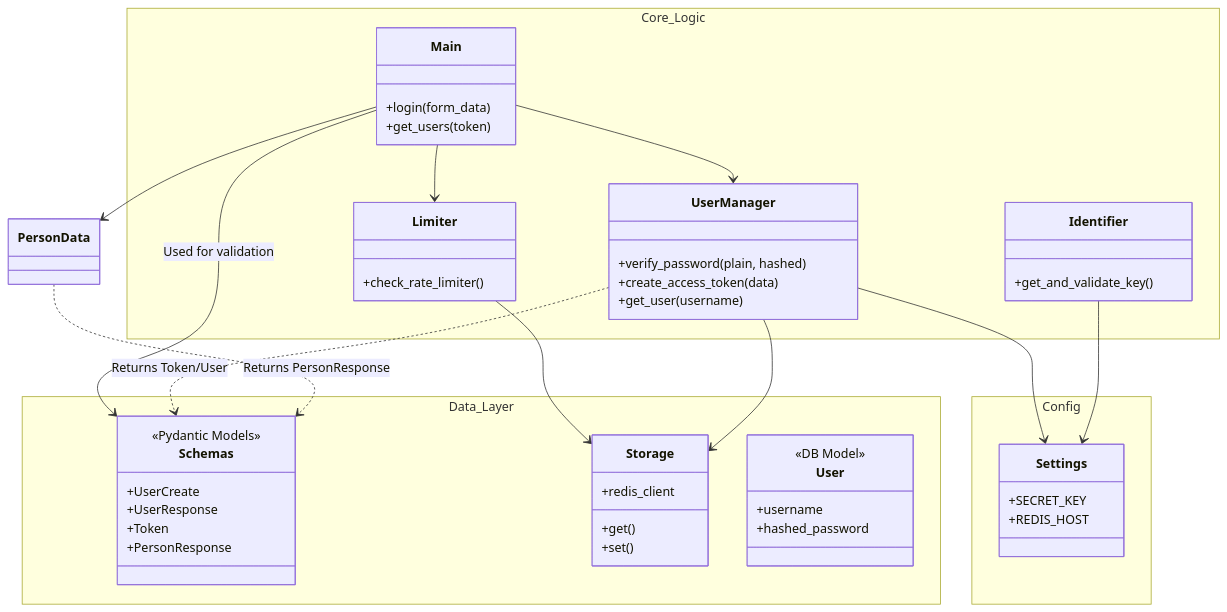
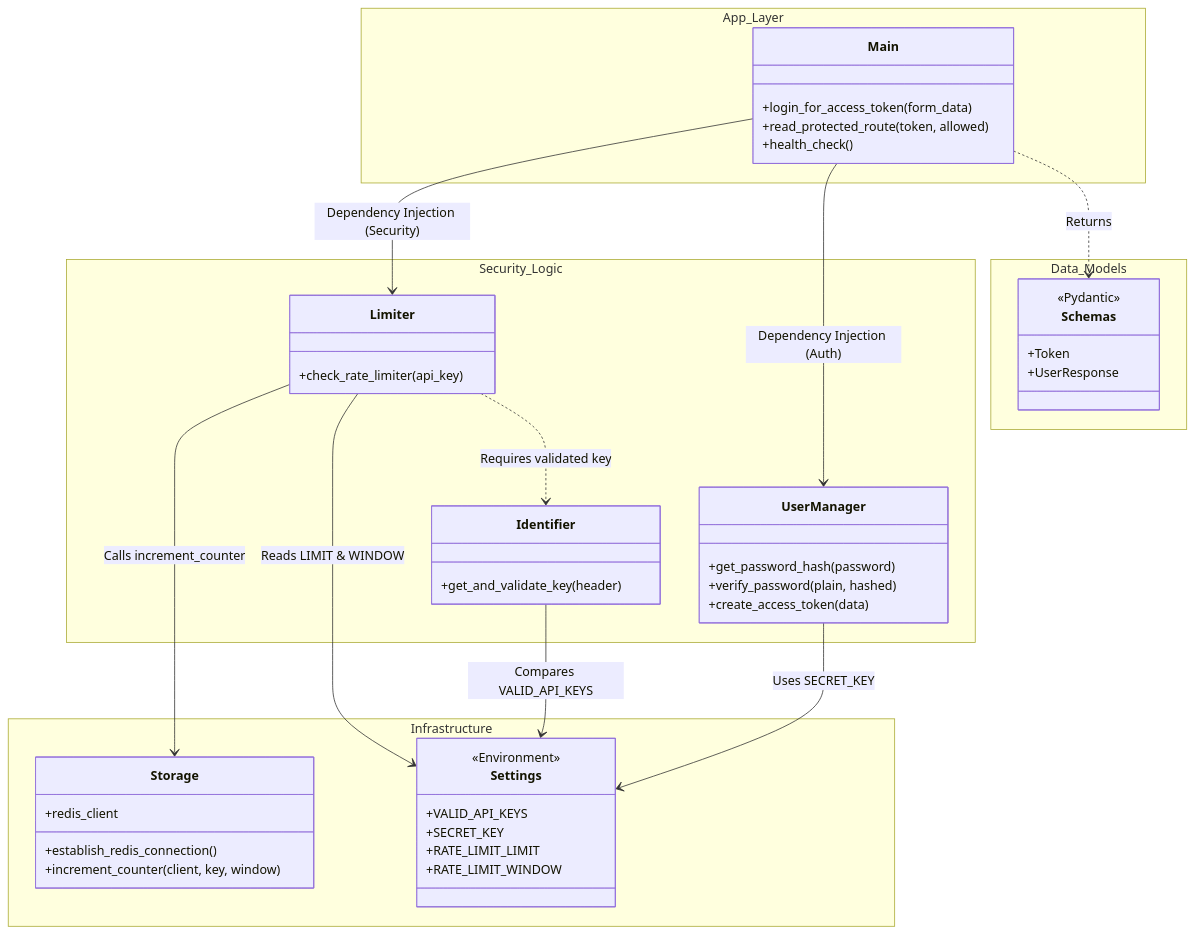
Before and after one commit to JonathanWindell/API-Shell: the diagram in diagrams/class_diagram_.md, drawn with Mermaid. The commit also changed 3 other files, not shown here.

Commit message:
Revised diagrams and docker-compose now reads .env file for constants

````diff
--- a/diagrams/class_diagram_.md
+++ b/diagrams/class_diagram_.md
@@ -1,63 +1,60 @@
 ```mermaid
     classDiagram
-    %% Relationer
-    Main --> Schemas : Used for validation
-    Main --> UserManager
-    Main --> Limiter
-    Main --> PersonData
-    
-    Limiter --> Storage
-    UserManager --> Storage
-    UserManager --> Settings
-    Identifier --> Settings
-    
-    %% Beroenden för data
-    UserManager ..> Schemas : Returns Token/User
-    PersonData ..> Schemas : Returns PersonResponse
 
-    namespace Core_Logic {
-        class Main{
-            +login(form_data)
-            +get_users(token)
-        }
-        class UserManager{
-            +verify_password(plain, hashed)
-            +create_access_token(data)
-            +get_user(username)
-        }
-        class Limiter{
-            +check_rate_limiter()
-        }
-        class Identifier{
-            +get_and_validate_key()
+    Main ..> Schemas : Returns
+    Main --> UserManager : Dependency Injection (Auth)
+    Main --> Limiter : Dependency Injection (Security)
+
+    Limiter ..> Identifier : Requires validated key
+    Limiter --> Storage : Calls increment_counter
+    Limiter --> Settings : Reads LIMIT & WINDOW
+
+    Identifier --> Settings : Compares VALID_API_KEYS
+    UserManager --> Settings : Uses SECRET_KEY
+
+    namespace App_Layer {
+        class Main {
+            +login_for_access_token(form_data)
+            +read_protected_route(token, allowed)
+            +health_check()
         }
     }
 
-    namespace Data_Layer {
-        class Schemas{
-            <<Pydantic Models>>
-            +UserCreate
-            +UserResponse
-            +Token
-            +PersonResponse
+    namespace Security_Logic {
+        class UserManager {
+            +get_password_hash(password)
+            +verify_password(plain, hashed)
+            +create_access_token(data)
         }
-        class User{
-            <<DB Model>>
-            +username
-            +hashed_password
+        class Limiter {
+            +check_rate_limiter(api_key)
         }
-        class Storage{
-            +redis_client
-            +get()
-            +set()
+        class Identifier {
+            +get_and_validate_key(header)
         }
     }
 
-    namespace Config {
-        class Settings{
+    namespace Infrastructure {
+        class Storage {
+            +redis_client
+            +establish_redis_connection()
+            +increment_counter(client, key, window)
+        }
+        class Settings {
+            <<Environment>>
+            +VALID_API_KEYS
             +SECRET_KEY
-            +REDIS_HOST
+            +RATE_LIMIT_LIMIT
+            +RATE_LIMIT_WINDOW
+        }
+    }
+
+    namespace Data_Models {
+        class Schemas {
+            <<Pydantic>>
+            +Token
+            +UserResponse
         }
     }
 
 ```
````
